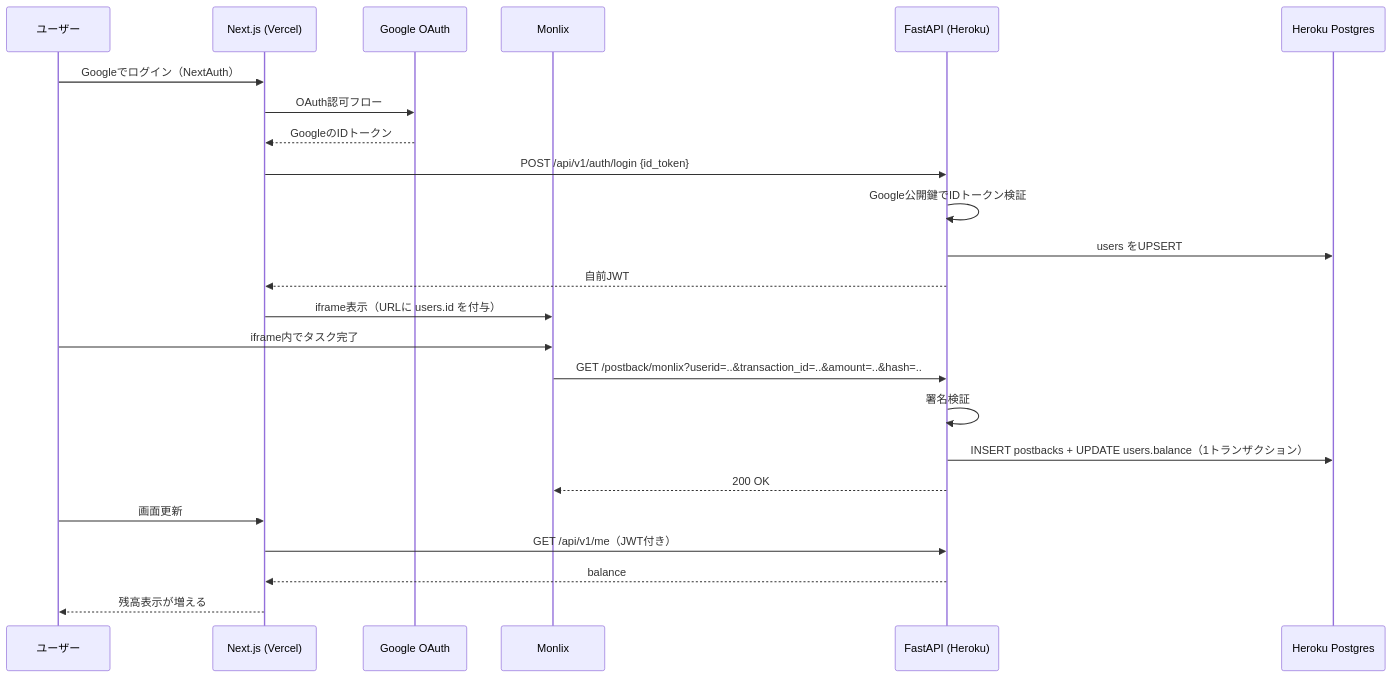
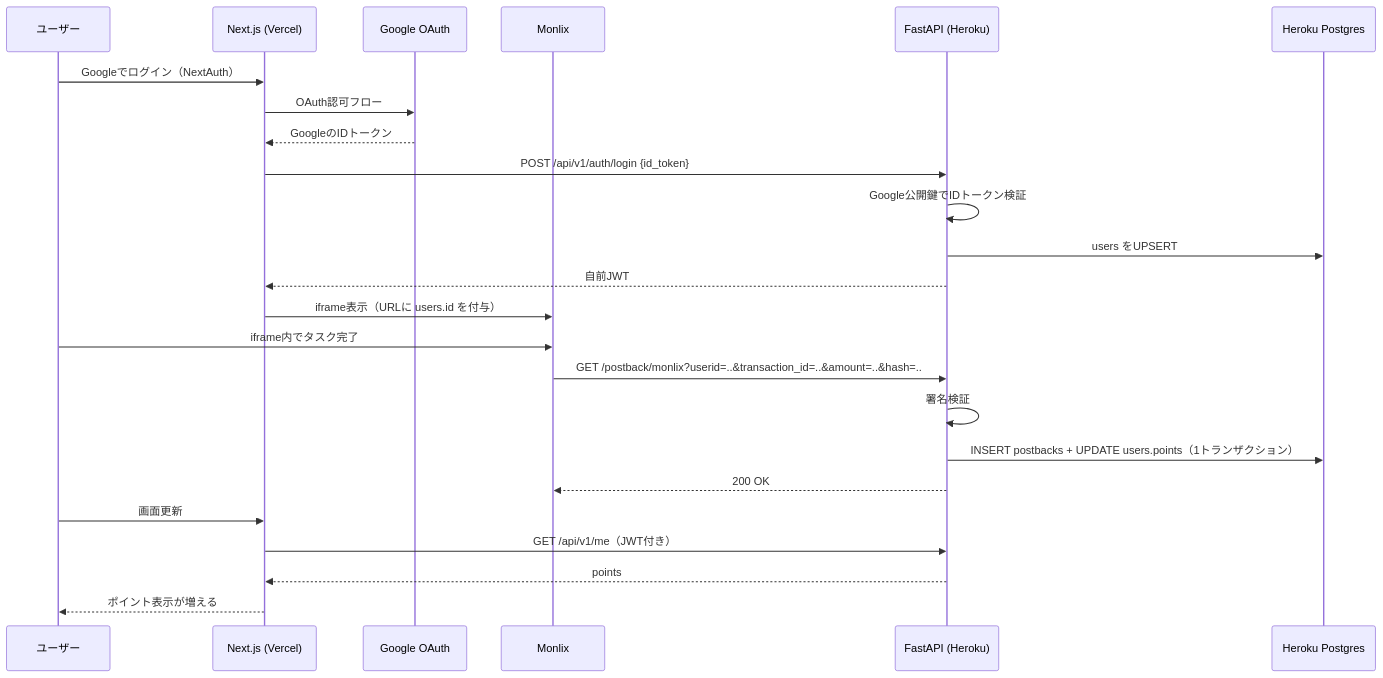
One commit to kervint1/Rewardo changed the first of 2 diagrams in docs/requirements/05-api-design.md. Above: the diagram before and after it, drawn with Mermaid. The commit also changed other lines of this file and 20 other files, not shown here.

````diff
--- a/docs/requirements/05-api-design.md
+++ b/docs/requirements/05-api-design.md
@@ -248,27 +253,27 @@
 ```mermaid
 sequenceDiagram
     participant U as ユーザー
     participant FE as Next.js (Vercel)
     participant G as Google OAuth
     participant M as Monlix
     participant API as FastAPI (Heroku)
     participant DB as Heroku Postgres
 
     U->>FE: Googleでログイン（NextAuth）
     FE->>G: OAuth認可フロー
     G-->>FE: GoogleのIDトークン
     FE->>API: POST /api/v1/auth/login {id_token}
     API->>API: Google公開鍵でIDトークン検証
     API->>DB: users をUPSERT
     API-->>FE: 自前JWT
     FE->>M: iframe表示（URLに users.id を付与）
     U->>M: iframe内でタスク完了
     M->>API: GET /postback/monlix?userid=..&transaction_id=..&amount=..&hash=..
     API->>API: 署名検証
-    API->>DB: INSERT postbacks + UPDATE users.balance（1トランザクション）
+    API->>DB: INSERT postbacks + UPDATE users.points（1トランザクション）
     API-->>M: 200 OK
     U->>FE: 画面更新
     FE->>API: GET /api/v1/me（JWT付き）
-    API-->>FE: balance
-    FE-->>U: 残高表示が増える
+    API-->>FE: points
+    FE-->>U: ポイント表示が増える
 ```
````
